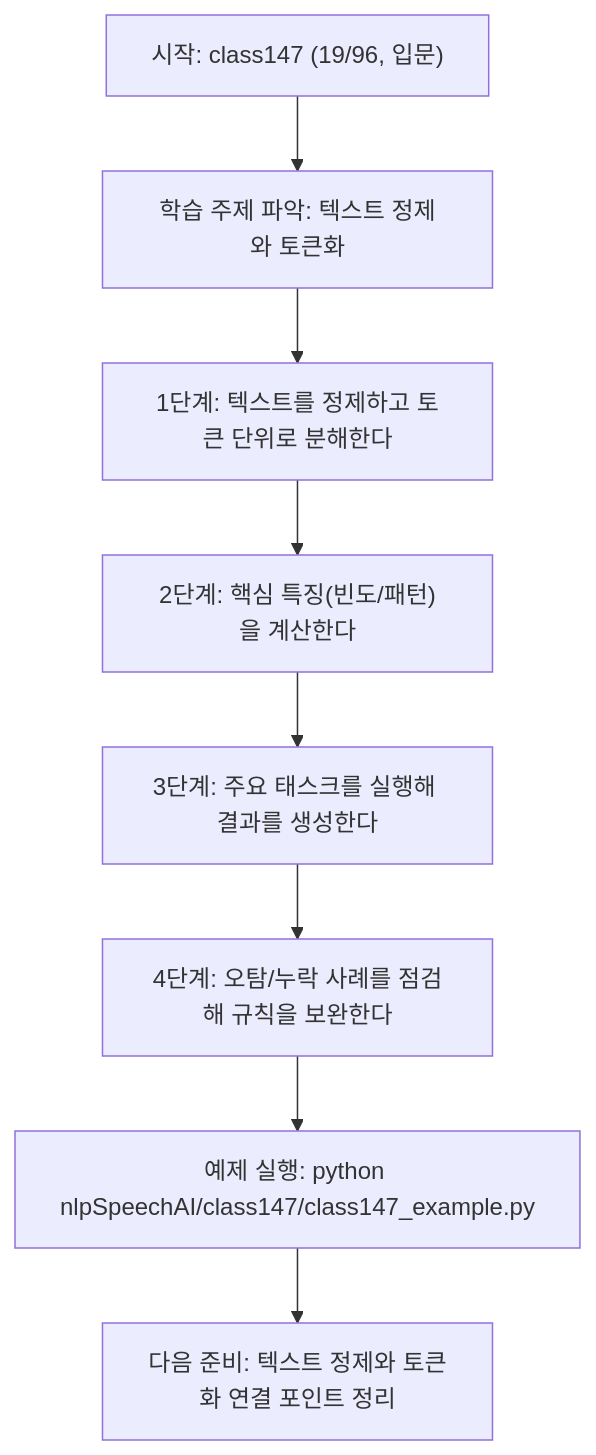
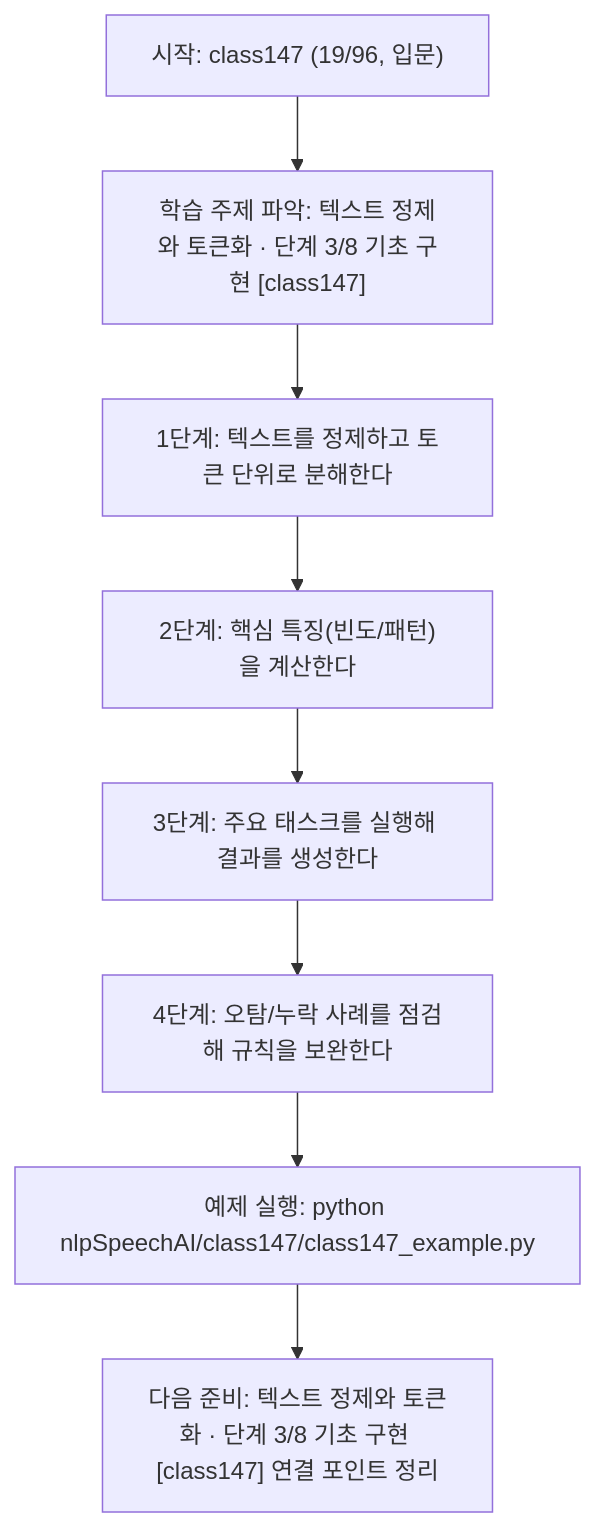
One commit to edumgt/Python-AI_Agent-Class changed the diagram in nlpSpeechAI/class147/class147.md. Above: the diagram before and after it, drawn with Mermaid. The commit also changed other lines of this file and 522 other files, not shown here.

````diff
--- a/nlpSpeechAI/class147/class147.md
+++ b/nlpSpeechAI/class147/class147.md
@@ -113,18 +114,18 @@
 ```mermaid
 flowchart TD
 N1["시작: class147 (19/96, 입문)"]
-N2["학습 주제 파악: 텍스트 정제와 토큰화"]
+N2["학습 주제 파악: 텍스트 정제와 토큰화 · 단계 3/8 기초 구현 [class147]"]
 N3["1단계: 텍스트를 정제하고 토큰 단위로 분해한다"]
 N4["2단계: 핵심 특징(빈도/패턴)을 계산한다"]
 N5["3단계: 주요 태스크를 실행해 결과를 생성한다"]
 N6["4단계: 오탐/누락 사례를 점검해 규칙을 보완한다"]
 N7["예제 실행: python nlpSpeechAI/class147/class147_example.py"]
-N8["다음 준비: 텍스트 정제와 토큰화 연결 포인트 정리"]
+N8["다음 준비: 텍스트 정제와 토큰화 · 단계 3/8 기초 구현 [class147] 연결 포인트 정리"]
 N1 --> N2
 N2 --> N3
 N3 --> N4
 N4 --> N5
 N5 --> N6
 N6 --> N7
 N7 --> N8
 ```
````
